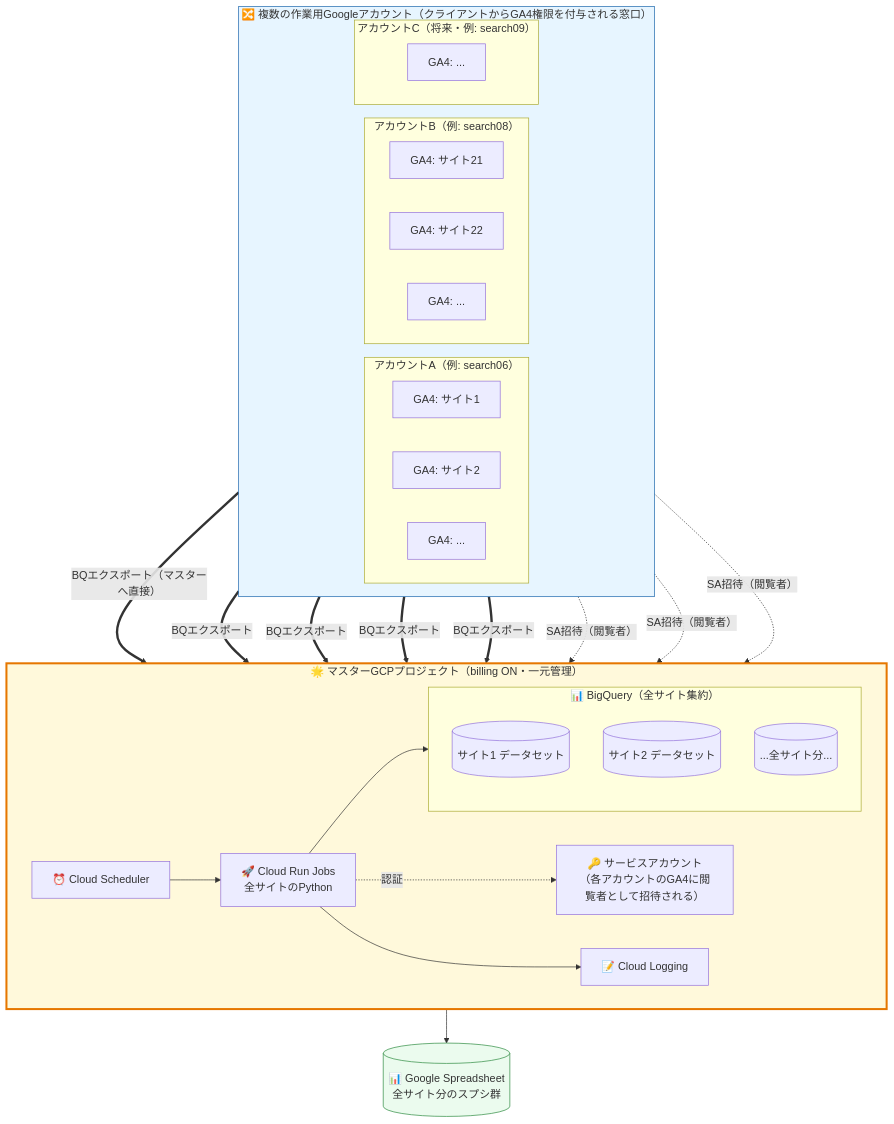
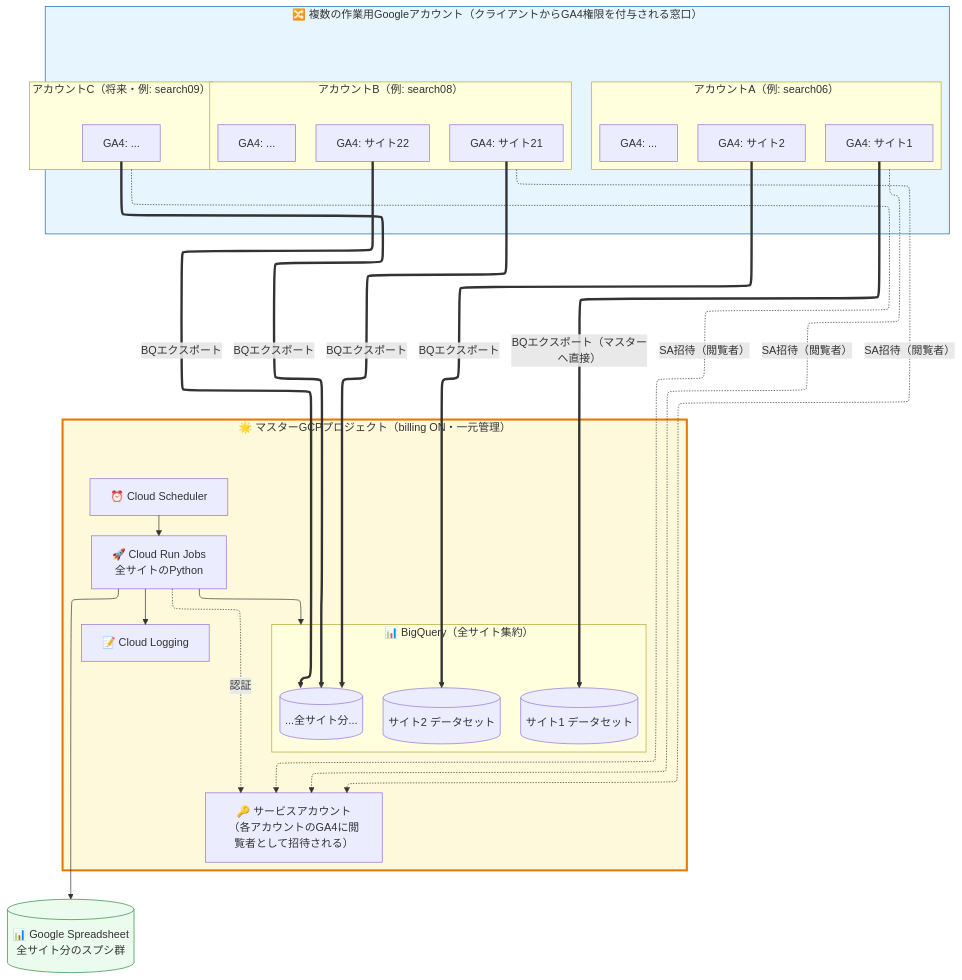
The sixth of 8 diagrams in tools/seo-dashboard/setup_guide_generic.md (itakura-t-hue/claude), drawn with Mermaid before and after one commit.

Commit message:
setup_guide_generic: D-2図でMermaid ELKレンダラを指定
dagreレイアウトエンジンは多数のcross-subgraph edgesがあると縦積みを諦めて横並びに崩す。
ELKレンダラは階層レイアウトに強く、flowchart TBを尊重しやすいため切替える。
構造・矢印は維持、レンダラのみ変更。

````diff
--- a/tools/seo-dashboard/setup_guide_generic.md
+++ b/tools/seo-dashboard/setup_guide_generic.md
@@ -1024,55 +1024,56 @@
 ```mermaid
+%%{init: {"flowchart": {"defaultRenderer": "elk"}} }%%
 flowchart TB
     subgraph Accounts["🔀 複数の作業用Googleアカウント（クライアントからGA4権限を付与される窓口）"]
         direction LR
         subgraph AcctA["アカウントA（例: search06）"]
             GA4_A1[GA4: サイト1]
             GA4_A2[GA4: サイト2]
             GA4_A3[GA4: ...]
         end
         subgraph AcctB["アカウントB（例: search08）"]
             GA4_B1[GA4: サイト21]
             GA4_B2[GA4: サイト22]
             GA4_B3[GA4: ...]
         end
         subgraph AcctC["アカウントC（将来・例: search09）"]
             GA4_C1[GA4: ...]
         end
     end
 
     subgraph Master["🌟 マスターGCPプロジェクト（billing ON・一元管理）"]
         direction LR
         MSCHED["⏰ Cloud Scheduler"]
         MCR["🚀 Cloud Run Jobs<br/>全サイトのPython"]
         MSA["🔑 サービスアカウント<br/>（各アカウントのGA4に閲覧者として招待される）"]
         subgraph MBQ["📊 BigQuery（全サイト集約）"]
             direction TB
             DS1[(サイト1 データセット)]
             DS2[(サイト2 データセット)]
             DSN[(...全サイト分...)]
         end
         MLOG["📝 Cloud Logging"]
     end
 
     SHEET[("📊 Google Spreadsheet<br/>全サイト分のスプシ群")]
 
     GA4_A1 == "BQエクスポート（マスターへ直接）" ==> DS1
     GA4_A2 == "BQエクスポート" ==> DS2
     GA4_B1 == "BQエクスポート" ==> DSN
     GA4_B2 == "BQエクスポート" ==> DSN
     GA4_C1 == "BQエクスポート" ==> DSN
 
     AcctA -. "SA招待（閲覧者）" .-> MSA
     AcctB -. "SA招待（閲覧者）" .-> MSA
     AcctC -. "SA招待（閲覧者）" .-> MSA
 
     MSCHED --> MCR
     MCR -. "認証" .-> MSA
     MCR --> MBQ
     MCR --> SHEET
     MCR --> MLOG
 
     style Master fill:#fff9db,stroke:#e67700,stroke-width:3px
     style Accounts fill:#e7f5ff,stroke:#1864ab
     style SHEET fill:#ebfbee,stroke:#2b8a3e
 ```
````
